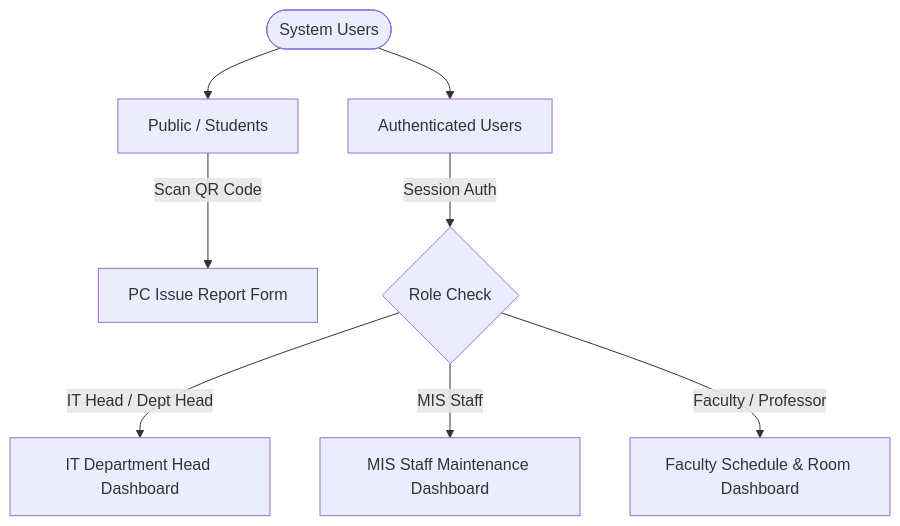
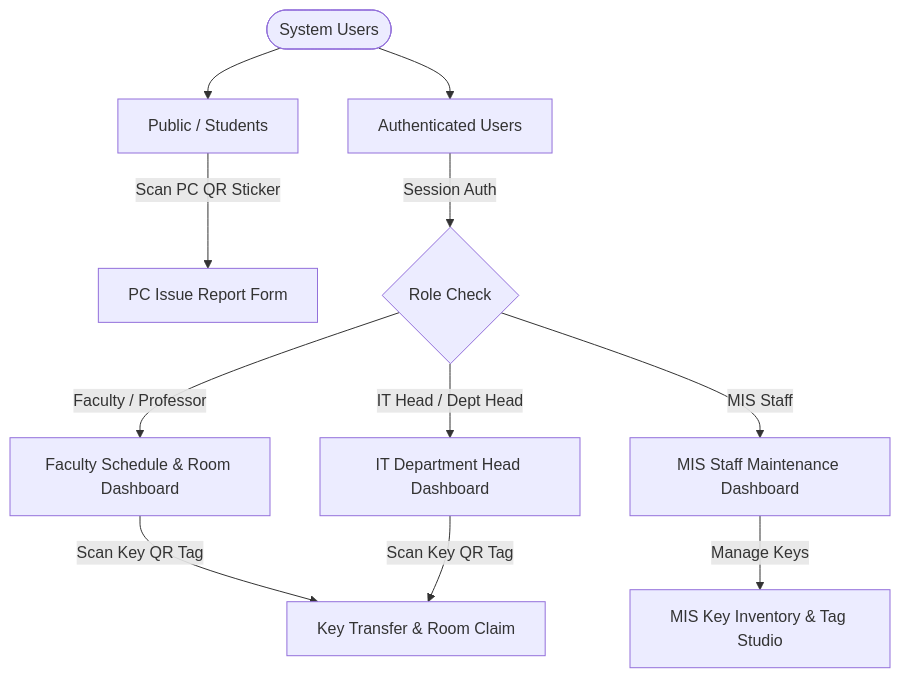
Before and after one commit to slushiiplayz13-ctrl/Labsync-BULSU-Sarmiento-: the second of 9 diagrams in CHAPTER-1-5-SYSTEM-DOCUMENTATION.md, drawn with Mermaid. The commit also changed other lines of this file and 56 other files, not shown here.

````diff
--- a/CHAPTER-1-5-SYSTEM-DOCUMENTATION.md
+++ b/CHAPTER-1-5-SYSTEM-DOCUMENTATION.md
@@ -145,12 +174,16 @@
 ```mermaid
 graph TD
     User([System Users]) --> Public[Public / Students]
     User --> Auth[Authenticated Users]
     
-    Public -->|Scan QR Code| Rep[PC Issue Report Form]
+    Public -->|Scan PC QR Sticker| Rep[PC Issue Report Form]
     
     Auth -->|Session Auth| RBAC{Role Check}
     RBAC -->|IT Head / Dept Head| Admin[IT Department Head Dashboard]
     RBAC -->|MIS Staff| Tech[MIS Staff Maintenance Dashboard]
     RBAC -->|Faculty / Professor| Fac[Faculty Schedule & Room Dashboard]
+    
+    Fac -->|Scan Key QR Tag| Trans[Key Transfer & Room Claim]
+    Admin -->|Scan Key QR Tag| Trans
+    Tech -->|Manage Keys| KeyInv[MIS Key Inventory & Tag Studio]
 ```
````
